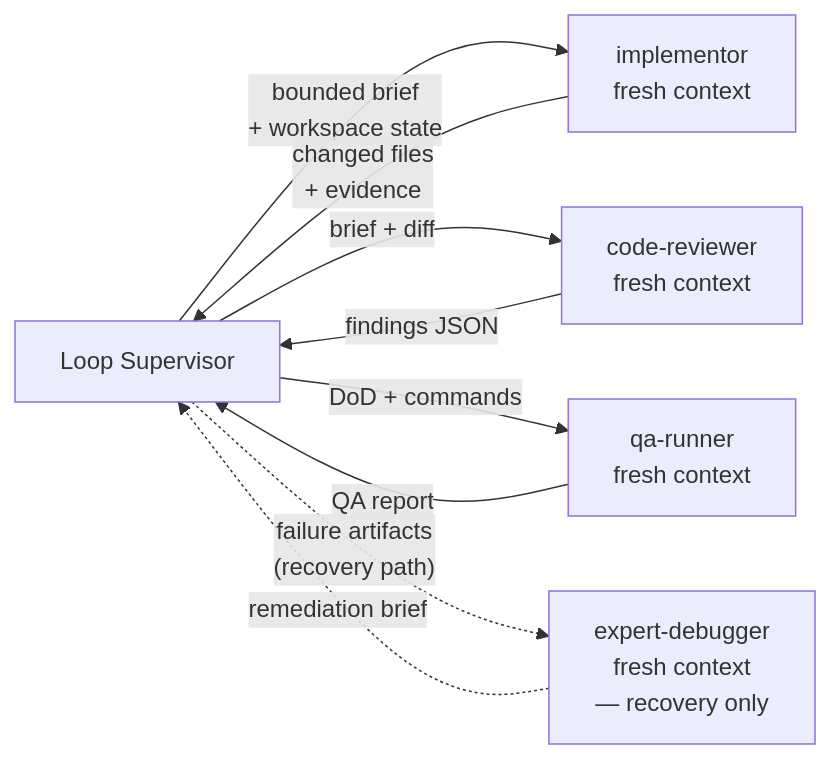
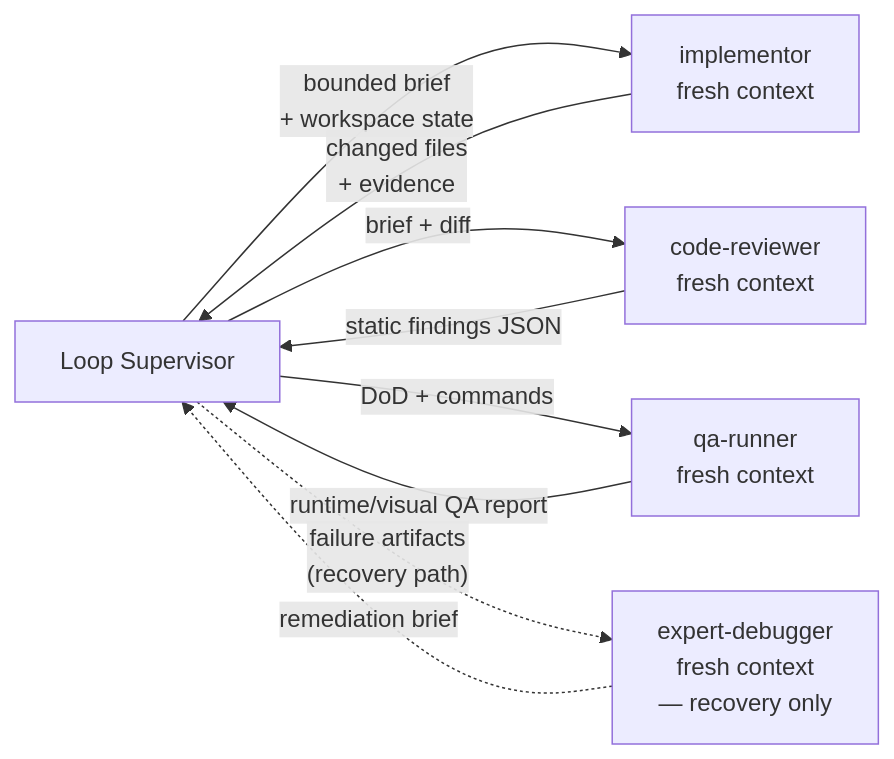
The second of 2 diagrams in docs/architecture/loop-supervisor.md (ericmaster/agent-fabric), drawn with Mermaid before and after one commit. The commit also changed other lines of this file and 13 other files, not shown here.

Commit message:
feat(seo): add comprehensive SEO metadata, OpenGraph cards, JSON-LD schemas, and visual assets

````diff
--- a/docs/architecture/loop-supervisor.md
+++ b/docs/architecture/loop-supervisor.md
@@ -69,17 +69,17 @@
 ```mermaid
 flowchart LR
     LS[Loop Supervisor]
     IMP[implementor\nfresh context]
     CR[code-reviewer\nfresh context]
     QAR[qa-runner\nfresh context]
     DBG[expert-debugger\nfresh context\n— recovery only]
 
     LS -->|"bounded brief\n+ workspace state"| IMP
     IMP -->|"changed files\n+ evidence"| LS
     LS -->|"brief + diff"| CR
-    CR -->|"findings JSON"| LS
+    CR -->|"static findings JSON"| LS
     LS -->|"DoD + commands"| QAR
-    QAR -->|"QA report"| LS
+    QAR -->|"runtime/visual QA report"| LS
     LS -.->|"failure artifacts\n(recovery path)"| DBG
     DBG -.->|"remediation brief"| LS
 ```
````
